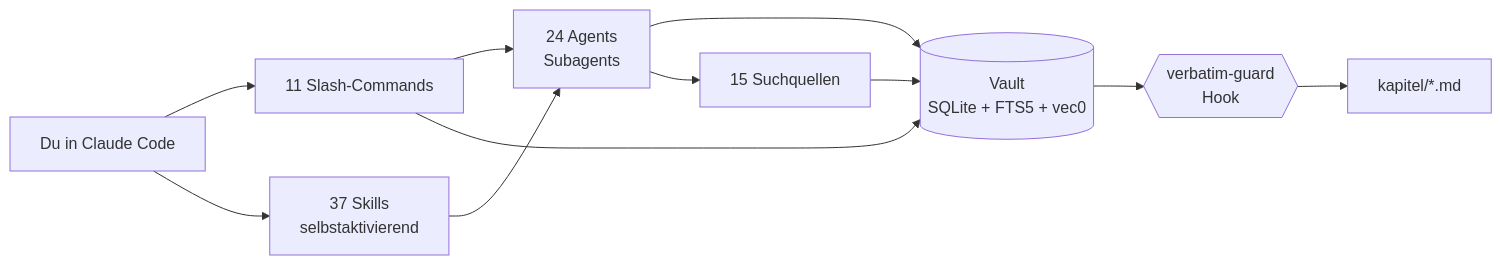
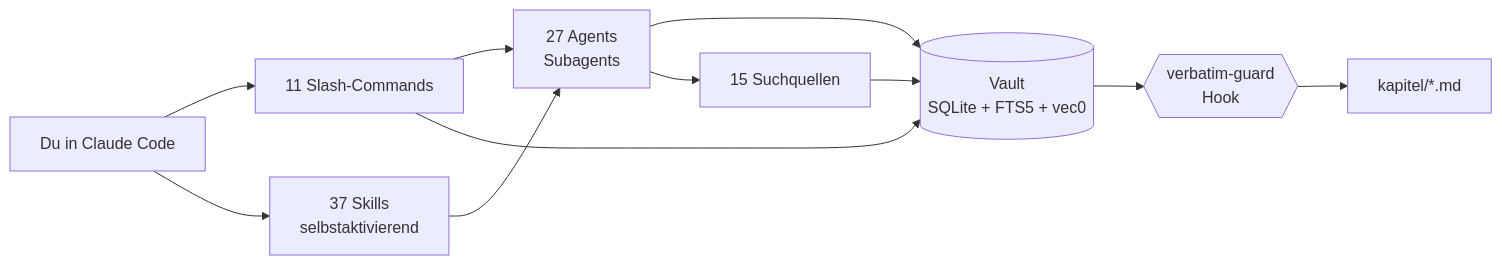
Before and after one commit to ahlerjam/academic-research: the diagram in README.md, drawn with Mermaid. The commit also changed other lines of this file and 24 other files, not shown here.

````diff
--- a/README.md
+++ b/README.md
@@ -76,13 +76,13 @@
 ```mermaid
 graph LR
     U[Du in Claude Code] --> C[11 Slash-Commands]
     U --> S[37 Skills<br/>selbstaktivierend]
-    C --> A[24 Agents<br/>Subagents]
+    C --> A[27 Agents<br/>Subagents]
     S --> A
     A --> V[(Vault<br/>SQLite + FTS5 + vec0)]
     C --> V
     A --> Q[15 Suchquellen]
     Q --> V
     V --> H{{verbatim-guard<br/>Hook}}
     H --> K[kapitel/*.md]
 ```
````
